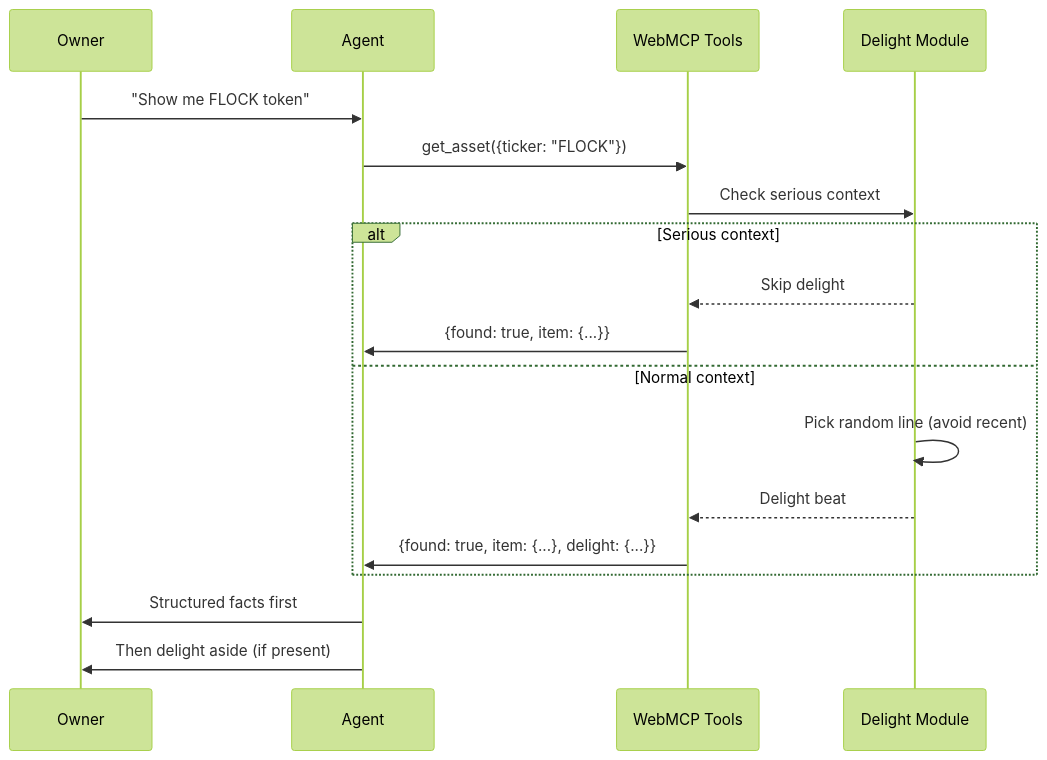
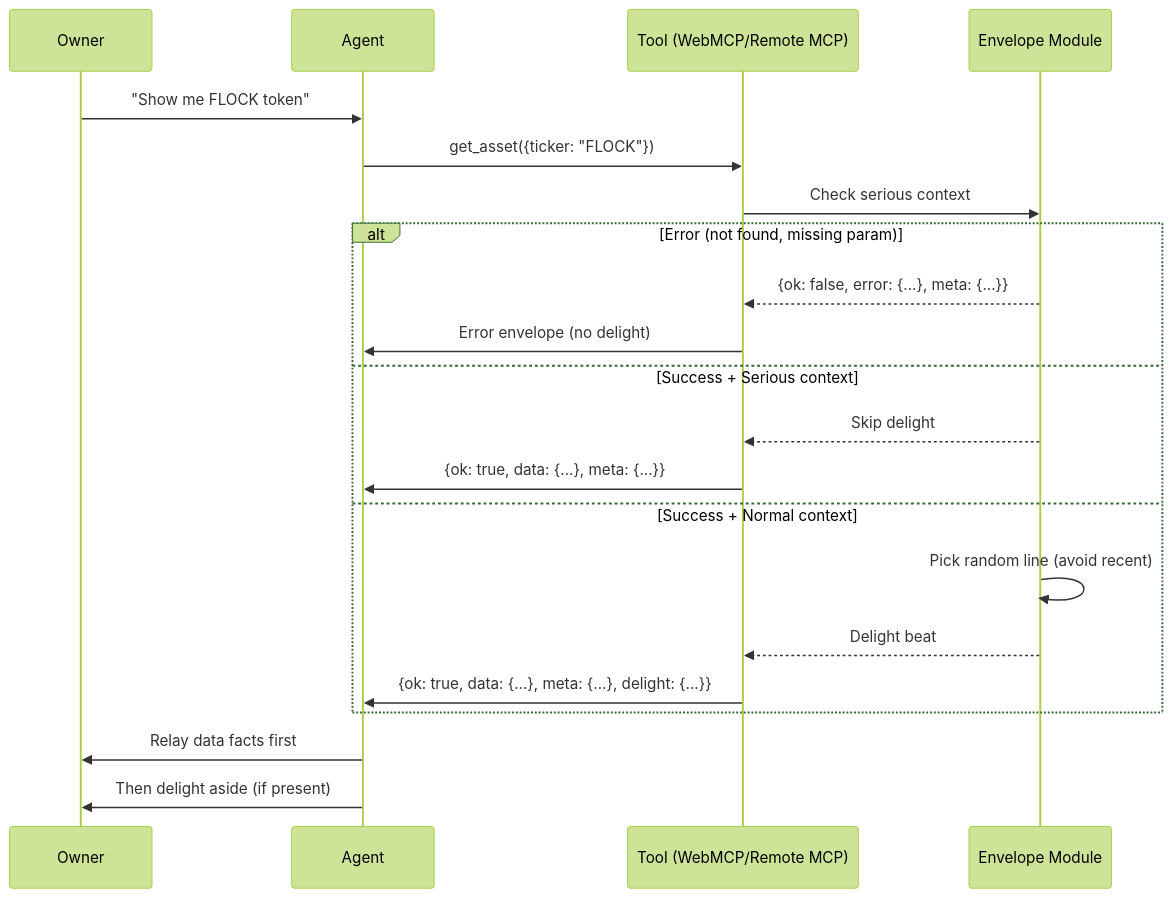
Before and after one commit to marvelus-tech/solana-alpha: the second of 3 diagrams in docs/delight-infusion.md, drawn with Mermaid (forest theme). The commit also changed other lines of this file and 16 other files, not shown here.

````diff
--- a/docs/delight-infusion.md
+++ b/docs/delight-infusion.md
@@ -61,21 +118,24 @@
 ```mermaid
 sequenceDiagram
     participant O as Owner
     participant A as Agent
-    participant W as WebMCP Tools
-    participant D as Delight Module
+    participant T as Tool (WebMCP/Remote MCP)
+    participant E as Envelope Module
     
     O->>A: "Show me FLOCK token"
-    A->>W: get_asset({ticker: "FLOCK"})
-    W->>D: Check serious context
-    alt Serious context
-        D-->>W: Skip delight
-        W->>A: {found: true, item: {...}}
-    else Normal context
-        D->>D: Pick random line (avoid recent)
-        D-->>W: Delight beat
-        W->>A: {found: true, item: {...}, delight: {...}}
+    A->>T: get_asset({ticker: "FLOCK"})
+    T->>E: Check serious context
+    alt Error (not found, missing param)
+        E-->>T: {ok: false, error: {...}, meta: {...}}
+        T->>A: Error envelope (no delight)
+    else Success + Serious context
+        E-->>T: Skip delight
+        T->>A: {ok: true, data: {...}, meta: {...}}
+    else Success + Normal context
+        E->>E: Pick random line (avoid recent)
+        E-->>T: Delight beat
+        T->>A: {ok: true, data: {...}, meta: {...}, delight: {...}}
     end
-    A->>O: Structured facts first
+    A->>O: Relay data facts first
     A->>O: Then delight aside (if present)
 ```
````
